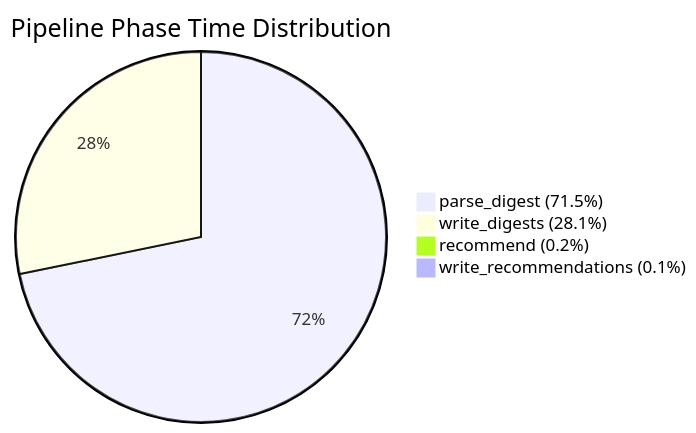
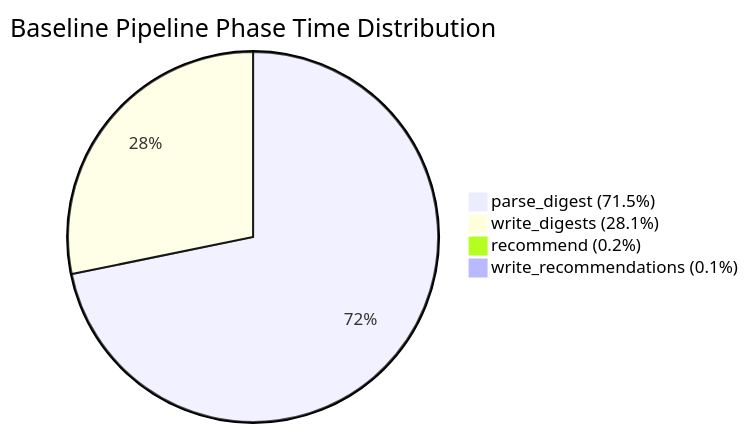
Before and after one commit to pgarciaq/ros-ocp-backend: the first of 3 diagrams in docs-site/operations/scale-benchmark-report.md, drawn with Mermaid. The commit also changed other lines of this file, not shown here.

````diff
--- a/docs-site/operations/scale-benchmark-report.md
+++ b/docs-site/operations/scale-benchmark-report.md
@@ -76,7 +174,7 @@
 ```mermaid
-pie title Pipeline Phase Time Distribution
+pie title Baseline Pipeline Phase Time Distribution
     "parse_digest (71.5%)" : 71.5
     "write_digests (28.1%)" : 28.1
     "recommend (0.2%)" : 0.2
     "write_recommendations (0.1%)" : 0.1
 ```
````
